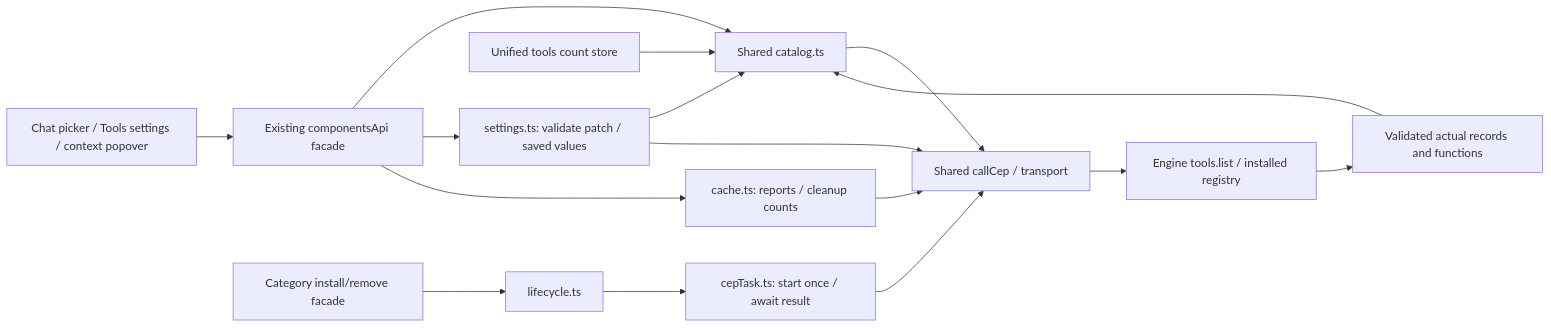
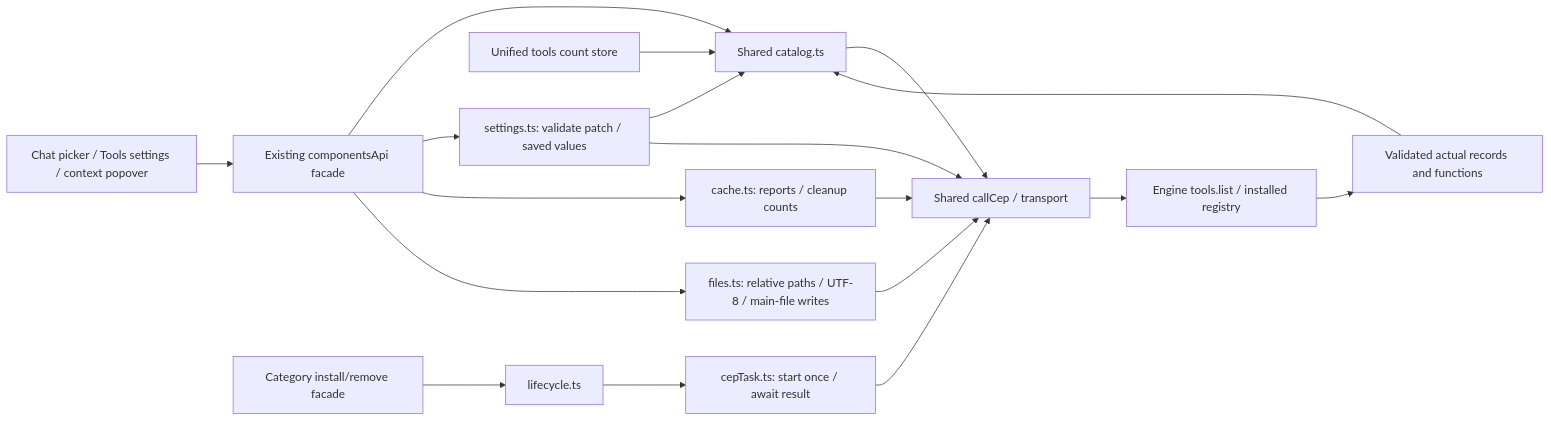
The diagram in src/api/engine/tools/README.md (cluaiz/cluaiz-app), drawn with Mermaid before and after one commit. The commit also changed other lines of this file and 8 other files, not shown here.

````diff
--- a/src/api/engine/tools/README.md
+++ b/src/api/engine/tools/README.md
@@ -12,18 +12,20 @@
 ```mermaid
 flowchart LR
     F["Chat picker / Tools settings / context popover"] --> C["Existing componentsApi facade"]
     S["Skills / plugins / MCP list facade"] --> R["Shared catalog.ts"]
     C --> R
     N["Unified tools count store"] --> R
     R --> P["Shared callCep / transport"]
     P --> E["Engine tools.list / installed registry"]
     E --> V["Validated actual records and functions"]
     V --> R
     C --> S["settings.ts: validate patch / saved values"]
     C --> K["cache.ts: reports / cleanup counts"]
     S --> P
     K --> P
+    C --> D["files.ts: relative paths / UTF-8 / main-file writes"]
+    D --> P
     L["Category install/remove facade"] --> O["lifecycle.ts"]
     O --> T["cepTask.ts: start once / await result"]
     T --> P
 ```
````
